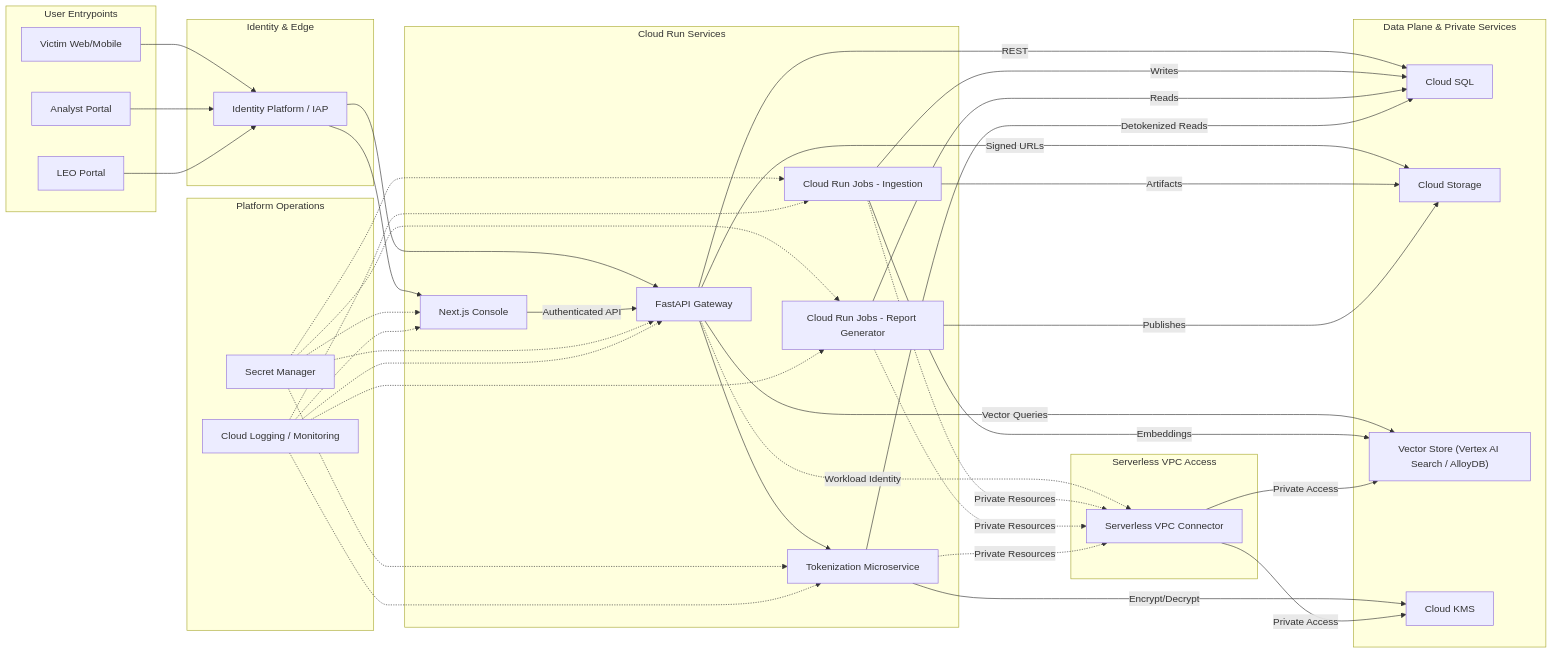
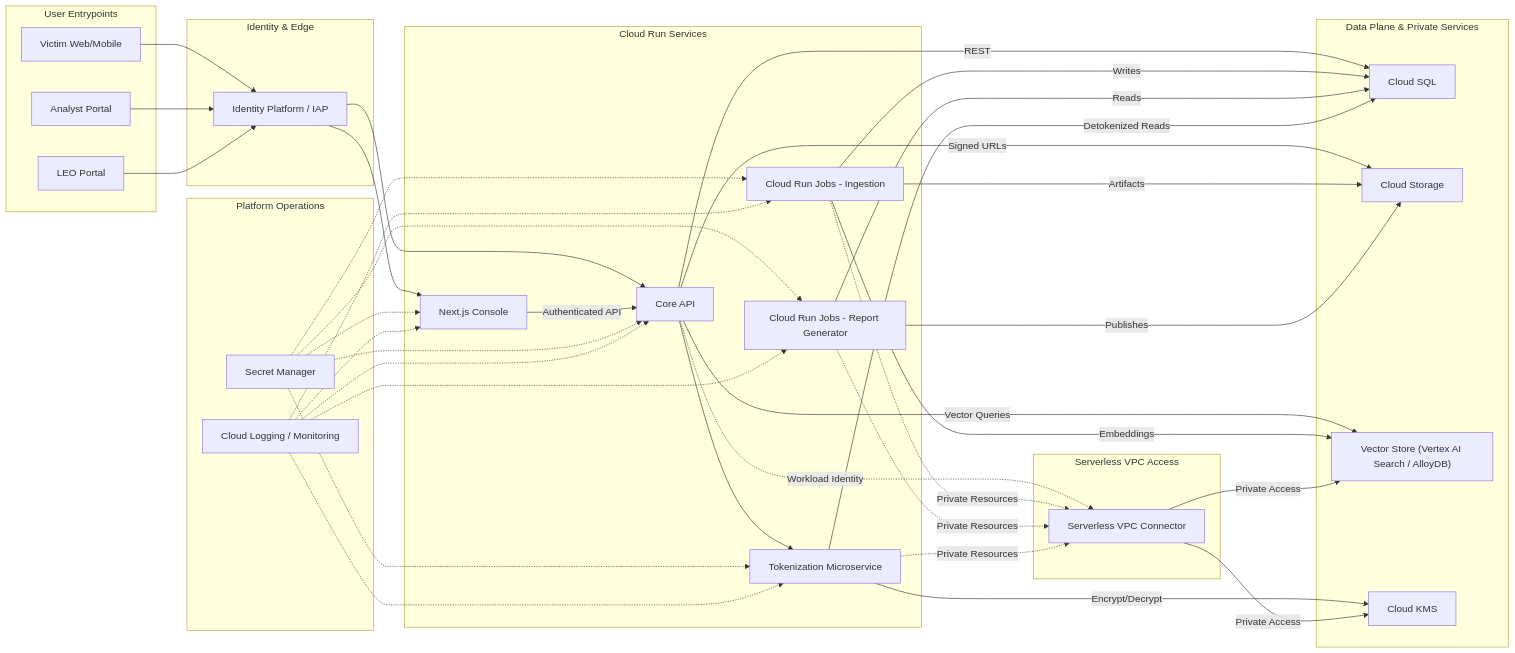
The second of 3 diagrams in docs/design/architecture.md (intelligenceforgood/core), drawn with Mermaid before and after one commit. The commit also changed other lines of this file and 20 other files, not shown here.

````diff
--- a/docs/design/architecture.md
+++ b/docs/design/architecture.md
@@ -126,79 +127,79 @@
 ```mermaid
 flowchart LR
   subgraph Users["User Entrypoints"]
     VictimUI[Victim Web/Mobile]
     AnalystUI[Analyst Portal]
     LEOUI[LEO Portal]
   end
 
   subgraph Edge["Identity & Edge"]
     IAP[Identity Platform / IAP]
   end
 
   subgraph RunServices["Cloud Run Services"]
-    FastAPI[FastAPI Gateway]
+    CoreSvc[Core API]
     NextJS[Next.js Console]
     JobIngest[Cloud Run Jobs - Ingestion]
     JobReport[Cloud Run Jobs - Report Generator]
     VaultService[Tokenization Microservice]
   end
 
   subgraph VPC["Serverless VPC Access"]
     VPCConn[Serverless VPC Connector]
   end
 
   subgraph DataPlane["Data Plane & Private Services"]
     CloudSQL[Cloud SQL]
     Storage[Cloud Storage]
     Vector["Vector Store (Vertex AI Search / AlloyDB)"]
     KMS[Cloud KMS]
   end
 
   subgraph Platform["Platform Operations"]
     Secrets[Secret Manager]
     Logging[Cloud Logging / Monitoring]
   end
 
   VictimUI --> IAP
   AnalystUI --> IAP
   LEOUI --> IAP
 
-  IAP --> FastAPI
+  IAP --> CoreSvc
   IAP --> NextJS
 
-  NextJS -->|Authenticated API| FastAPI
-  FastAPI -->|REST| CloudSQL
-  FastAPI -->|Signed URLs| Storage
-  FastAPI -->|Vector Queries| Vector
-  FastAPI --> VaultService
+  NextJS -->|Authenticated API| CoreSvc
+  CoreSvc -->|REST| CloudSQL
+  CoreSvc -->|Signed URLs| Storage
+  CoreSvc -->|Vector Queries| Vector
+  CoreSvc --> VaultService
 
   JobIngest -->|Writes| CloudSQL
   JobIngest -->|Artifacts| Storage
   JobIngest -->|Embeddings| Vector
 
   JobReport -->|Reads| CloudSQL
   JobReport -->|Publishes| Storage
 
   VaultService -->|Detokenized Reads| CloudSQL
 
-  Secrets -.-> FastAPI
+  Secrets -.-> CoreSvc
   Secrets -.-> NextJS
   Secrets -.-> JobIngest
   Secrets -.-> JobReport
   Secrets -.-> VaultService
 
-  FastAPI -.->|Workload Identity| VPCConn
+  CoreSvc -.->|Workload Identity| VPCConn
   JobIngest -.->|Private Resources| VPCConn
   JobReport -.->|Private Resources| VPCConn
   VaultService -.->|Private Resources| VPCConn
   VaultService -->|Encrypt/Decrypt| KMS
 
   VPCConn -->|Private Access| Vector
   VPCConn -->|Private Access| KMS
 
-  Logging -.-> FastAPI
+  Logging -.-> CoreSvc
   Logging -.-> NextJS
   Logging -.-> JobIngest
   Logging -.-> JobReport
   Logging -.-> VaultService
 ```
````
